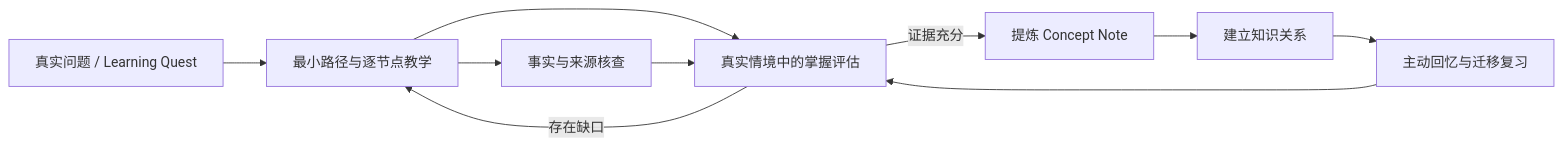
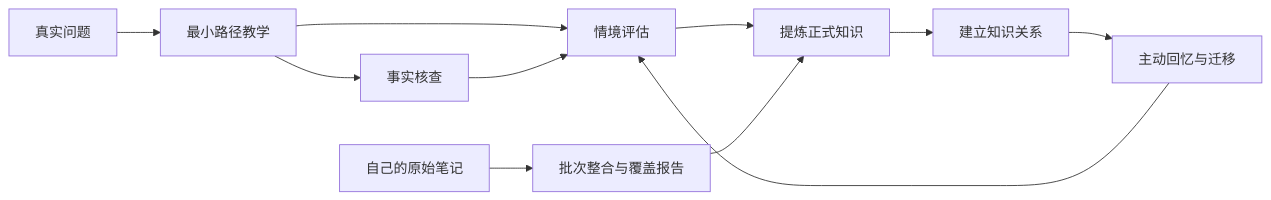
One commit to Serral828/Learning-Vault-Skills changed the diagram in README.md. Above: the diagram before and after it, drawn with Mermaid. The commit also changed other lines of this file and 6 other files, not shown here.

````diff
--- a/README.md
+++ b/README.md
@@ -19,12 +24,13 @@
 ```mermaid
 flowchart LR
-    Q[真实问题 / Learning Quest] --> T[最小路径与逐节点教学]
-    T --> V[事实与来源核查]
-    T --> A[真实情境中的掌握评估]
+    Q[真实问题] --> T[最小路径教学]
+    T --> V[事实核查]
+    T --> A[情境评估]
     V --> A
-    A -->|证据充分| D[提炼 Concept Note]
-    A -->|存在缺口| T
+    A --> D[提炼正式知识]
+    N[自己的原始笔记] --> I[批次整合与覆盖报告]
+    I --> D
     D --> L[建立知识关系]
-    L --> R[主动回忆与迁移复习]
+    L --> R[主动回忆与迁移]
     R --> A
 ```
````
